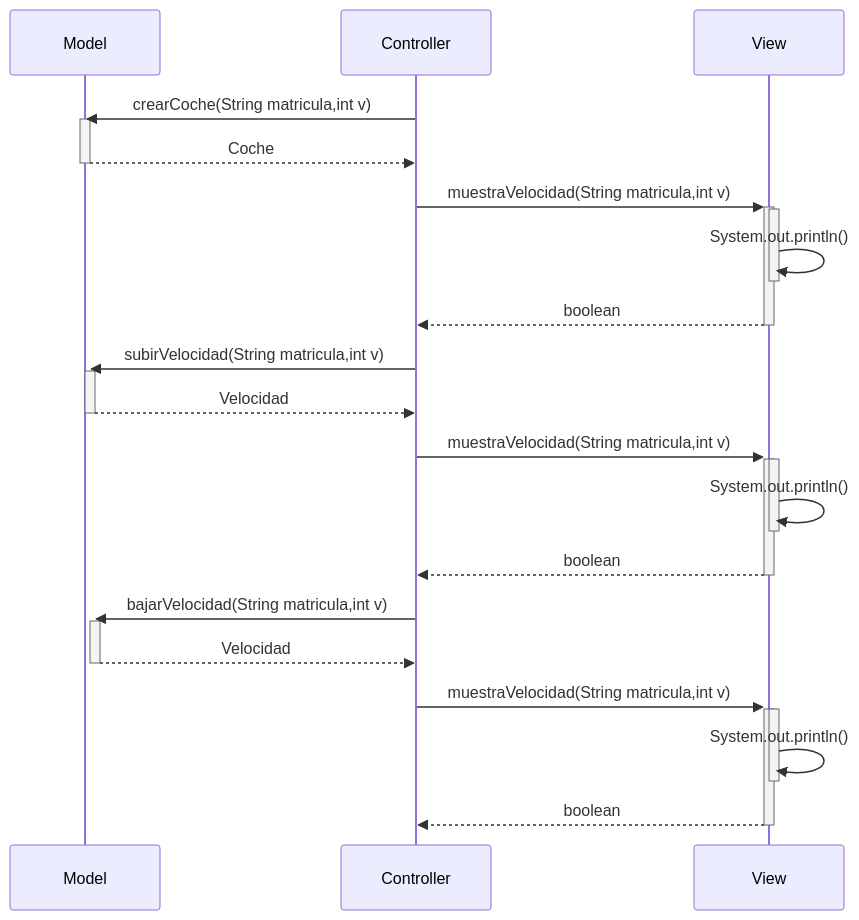
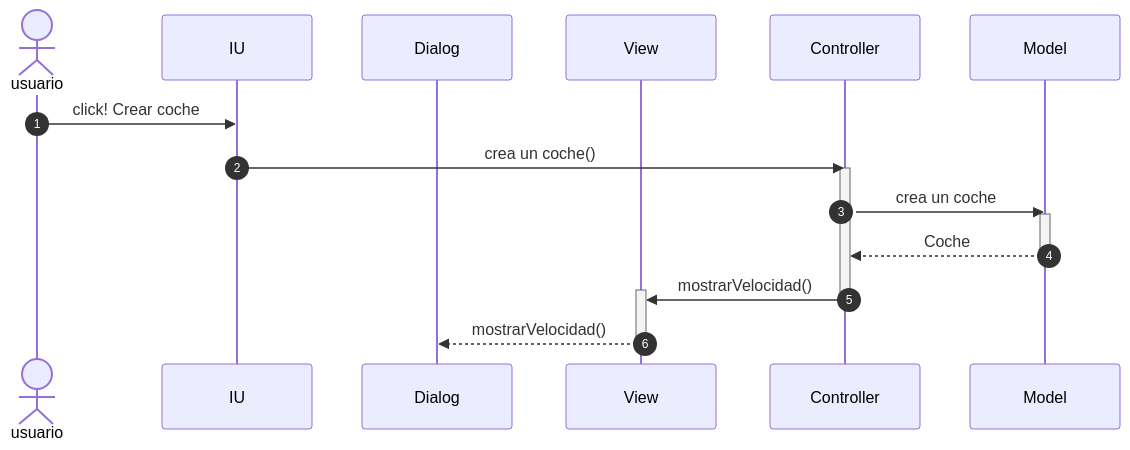
Before and after one commit to damiancastelao/MVC_coches_solucion: the third of 3 diagrams in Readme.md, drawn with Mermaid. The commit also changed other lines of this file and 7 other files, not shown here.

````diff
--- a/Readme.md
+++ b/Readme.md
@@ -60,37 +75,28 @@
 ```mermaid
-sequenceDiagram
+
+   sequenceDiagram
+   autonumber
+    actor usuario
+    participant IU
+    participant Dialog
+    participant View
+  
+    participant Controller
     participant Model
-    participant Controller
-    participant View
-    Controller->>Model: crearCoche(String matricula,int v)
-    activate Model
-    Model-->>Controller: Coche
+    
+    usuario->>IU: click! Crear coche
+    
+    IU->>Controller: crea un coche()
+     activate Controller
+    Controller->>Model: crea un coche
+      activate Model
+     Model-->> Controller: Coche
     deactivate Model
-      Controller->>+View: muestraVelocidad(String matricula,int v)
-    activate View
-    View->>-View: System.out.println()
-    View-->>Controller: boolean
-     deactivate View
-      activate Model
-    Controller->>Model: subirVelocidad(String matricula,int v)
-    activate Model
-    Model-->>Controller: Velocidad
-   deactivate Model
-   
-     Controller->>+View: muestraVelocidad(String matricula,int v)
-    activate View
-    View->>-View: System.out.println()
-    View-->>Controller: boolean
-     deactivate View
-     activate Model
-    Controller->>Model: bajarVelocidad(String matricula,int v)
-    activate Model
-    Model-->>Controller: Velocidad
-   deactivate Model
-    Controller->>+View: muestraVelocidad(String matricula,int v)
-    activate View
-    View->>-View: System.out.println()
-    View-->>Controller: boolean
-    deactivate View
+     
+    Controller->>+View: mostrarVelocidad()
+     deactivate Controller
+     
+    View-->>-Dialog:  mostrarVelocidad()
     
+          
 ```
````
